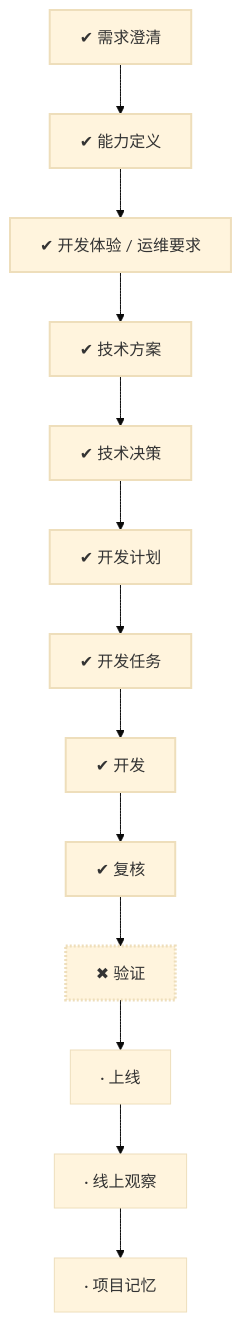
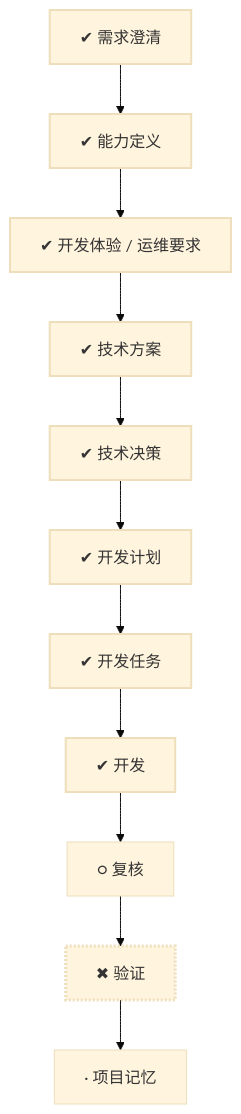
The diagram in development/works/WORK-017/00-work.md (charon2121/cherry-oj), drawn with Mermaid (base theme) before and after one commit. The commit also changed other lines of this file and 85 other files, not shown here.

````diff
--- a/development/works/WORK-017/00-work.md
+++ b/development/works/WORK-017/00-work.md
@@ -43,23 +43,21 @@
 ```mermaid
 flowchart TD
     clarify["✔ 需求澄清"]
     definition["✔ 能力定义"]
     experience["✔ 开发体验 / 运维要求"]
     design["✔ 技术方案"]
     decision["✔ 技术决策"]
     plan["✔ 开发计划"]
     tasks["✔ 开发任务"]
     development["✔ 开发"]
-    review["✔ 复核"]
+    review["○ 复核"]
     verification["✖ 验证"]
-    release["· 上线"]
-    observe["· 线上观察"]
     memory["· 项目记忆"]
-    clarify --> definition --> experience --> design --> decision --> plan --> tasks --> development --> review --> verification --> release --> observe --> memory
+    clarify --> definition --> experience --> design --> decision --> plan --> tasks --> development --> review --> verification --> memory
     classDef done stroke-width:2px
     classDef doing stroke-width:3px
     classDef skipped stroke-dasharray:4 3
     classDef blocked stroke-width:3px,stroke-dasharray:2 2
-    class clarify,definition,experience,design,decision,plan,tasks,development,review done
+    class clarify,definition,experience,design,decision,plan,tasks,development done
     class verification blocked
 ```
````
